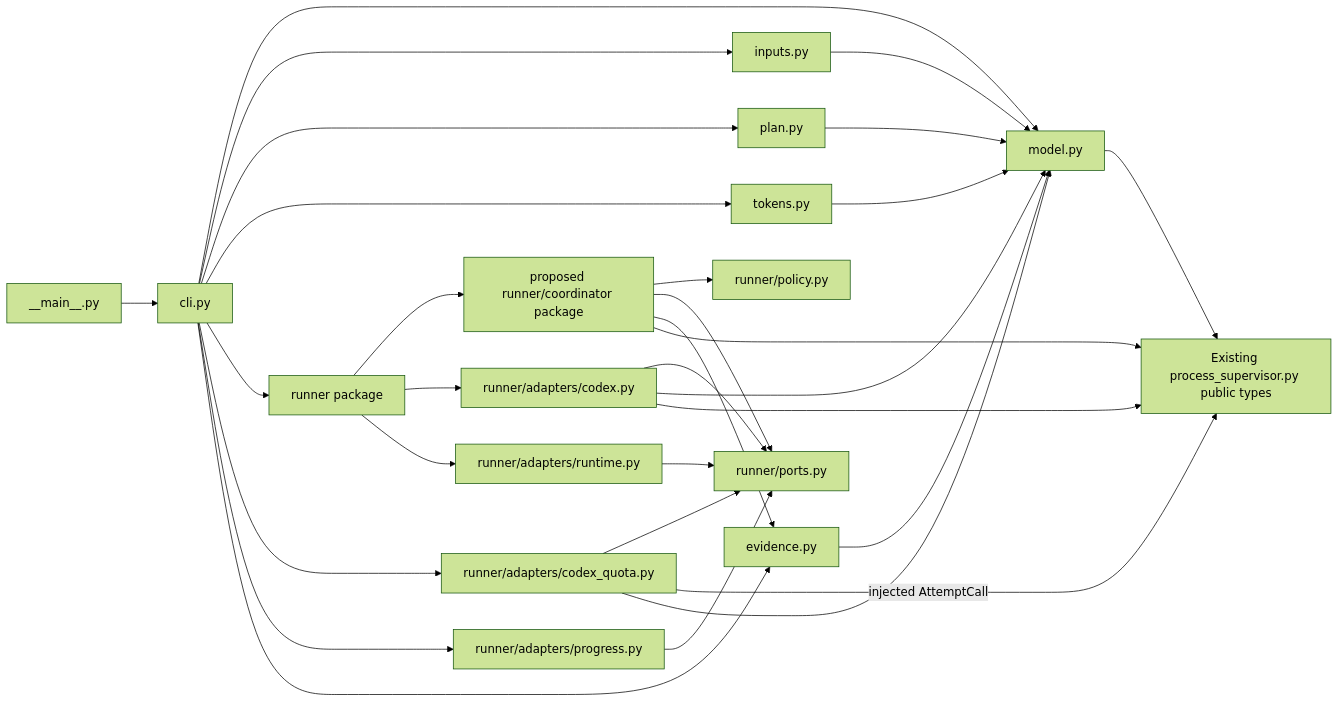
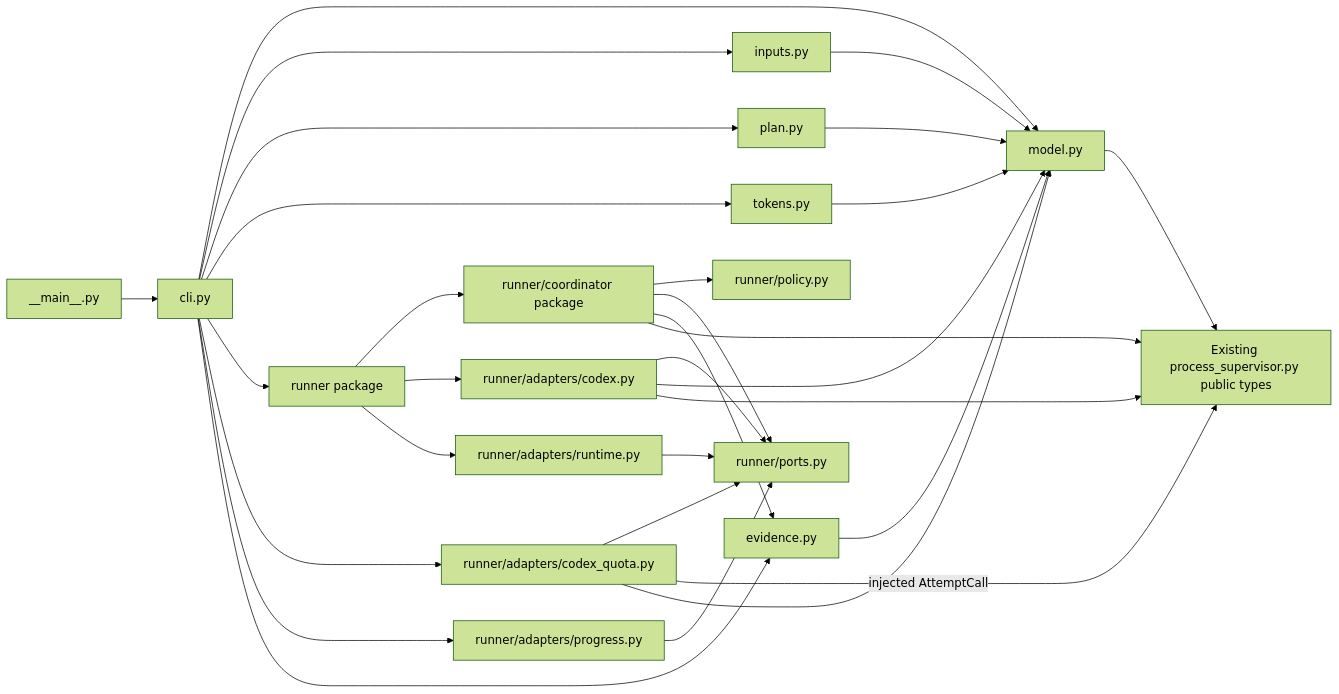
One commit to msitarz/ataraxia changed the second of 2 diagrams in doc/feat/reviewer/engineering/evaluation/evaluation-harness/architecture.md. Above: the diagram before and after it, drawn with Mermaid (forest theme). The commit also changed other lines of this file and 16 other files, not shown here.

````diff
--- a/doc/feat/reviewer/engineering/evaluation/evaluation-harness/architecture.md
+++ b/doc/feat/reviewer/engineering/evaluation/evaluation-harness/architecture.md
@@ -870,32 +864,32 @@
 ```mermaid
 flowchart LR
     CLI[cli.py] --> MODEL[model.py]
     CLI --> INPUTS[inputs.py]
     CLI --> PLAN[plan.py]
     CLI --> TOKENS[tokens.py]
     CLI --> RUNNER[runner package]
     CLI --> QUOTA[runner/adapters/codex_quota.py]
     CLI --> PROGRESS_ADAPTER[runner/adapters/progress.py]
     CLI --> EVIDENCE[evidence.py]
-    RUNNER --> COORD[proposed runner/coordinator package]
+    RUNNER --> COORD[runner/coordinator package]
     RUNNER --> CODEX[runner/adapters/codex.py]
     RUNNER --> RUNTIME[runner/adapters/runtime.py]
     COORD --> POLICY[runner/policy.py]
     COORD --> PORTS[runner/ports.py]
     CODEX --> PORTS
     QUOTA --> PORTS
     RUNTIME --> PORTS
     PROGRESS_ADAPTER --> PORTS
     QUOTA -->|injected AttemptCall| SUP[Existing process supervisor]
     CODEX --> MODEL
     QUOTA --> MODEL
     INPUTS --> MODEL
     PLAN --> MODEL
     TOKENS --> MODEL
     COORD --> EVIDENCE
     EVIDENCE --> MODEL
     MODEL --> SUP[Existing process_supervisor.py public types]
     COORD --> SUP
     CODEX --> SUP
     MAIN[__main__.py] --> CLI
 ```
````
